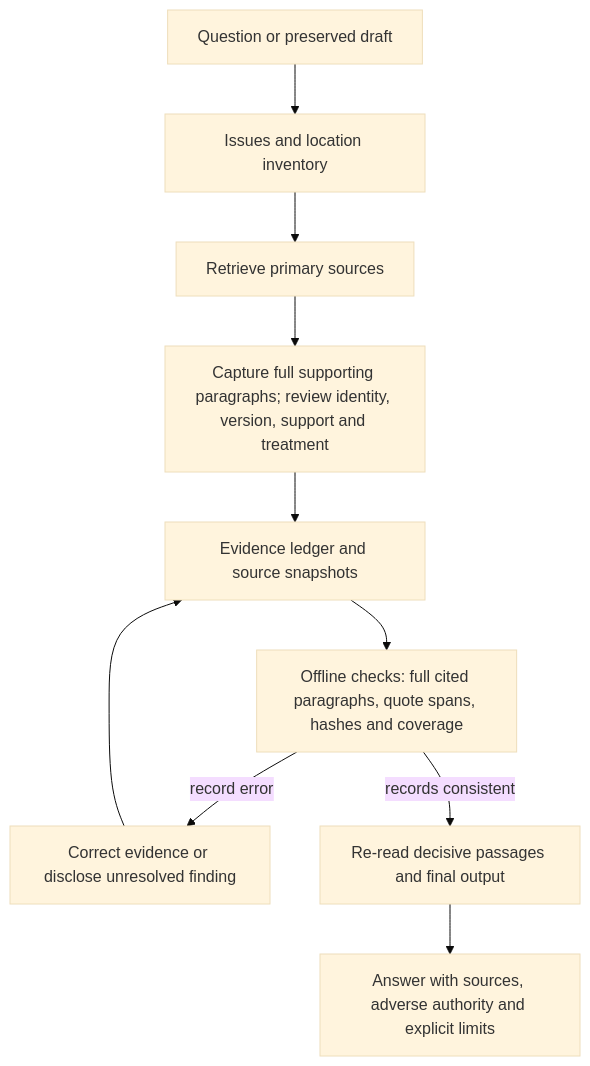
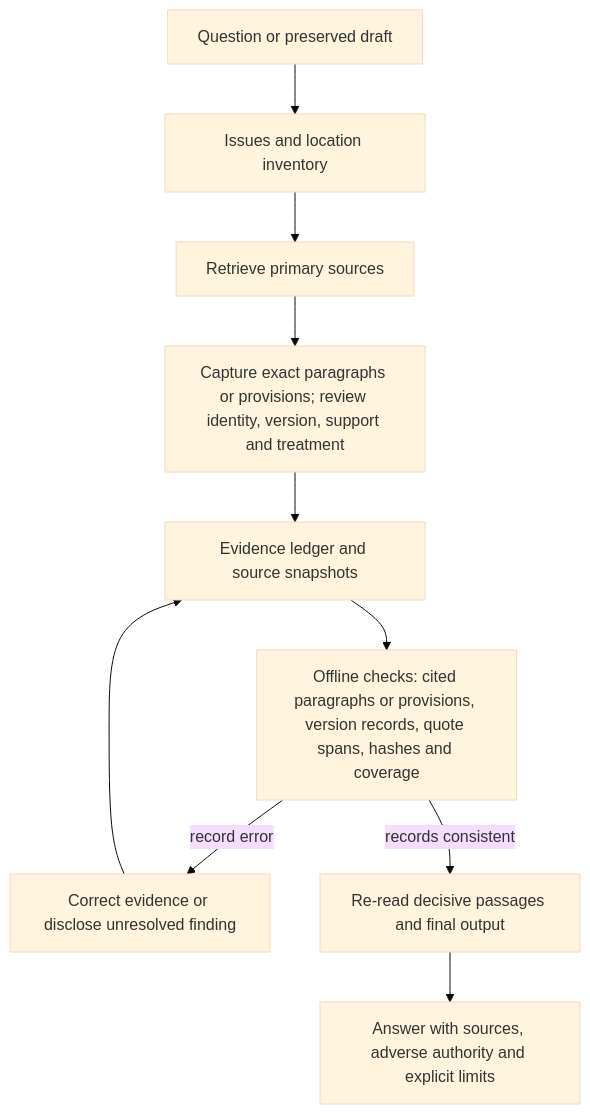
The fourth of 5 diagrams in README.md (kevanwee/sg-legalresearch), drawn with Mermaid (base theme) before and after one commit. The commit also changed other lines of this file and 13 other files, not shown here.

Commit message:
Verify exact statutory provisions and fresh-draft instrument/version findings

````diff
--- a/README.md
+++ b/README.md
@@ -168,12 +168,12 @@
 ```mermaid
 flowchart TD
     IN["Question or preserved draft"] --> MAP["Issues and location inventory"]
     MAP --> FIND["Retrieve primary sources"]
-    FIND --> READ["Capture full supporting paragraphs; review identity, version, support and treatment"]
+    FIND --> READ["Capture exact paragraphs or provisions; review identity, version, support and treatment"]
     READ --> LEDGER["Evidence ledger and source snapshots"]
-    LEDGER --> CHECK["Offline checks: full cited paragraphs, quote spans, hashes and coverage"]
+    LEDGER --> CHECK["Offline checks: cited paragraphs or provisions, version records, quote spans, hashes and coverage"]
     CHECK -->|"record error"| FIX["Correct evidence or disclose unresolved finding"]
     FIX --> LEDGER
     CHECK -->|"records consistent"| REVIEW["Re-read decisive passages and final output"]
     REVIEW --> OUT["Answer with sources, adverse authority and explicit limits"]
 ```
````
